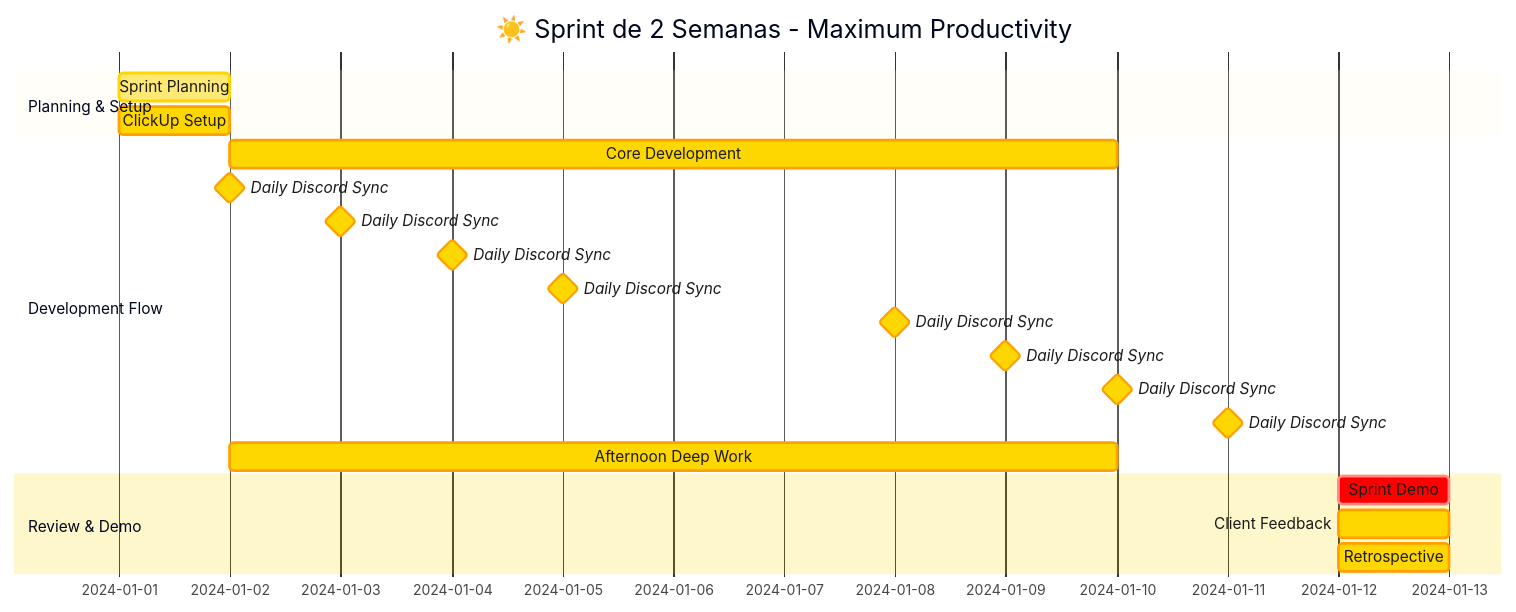
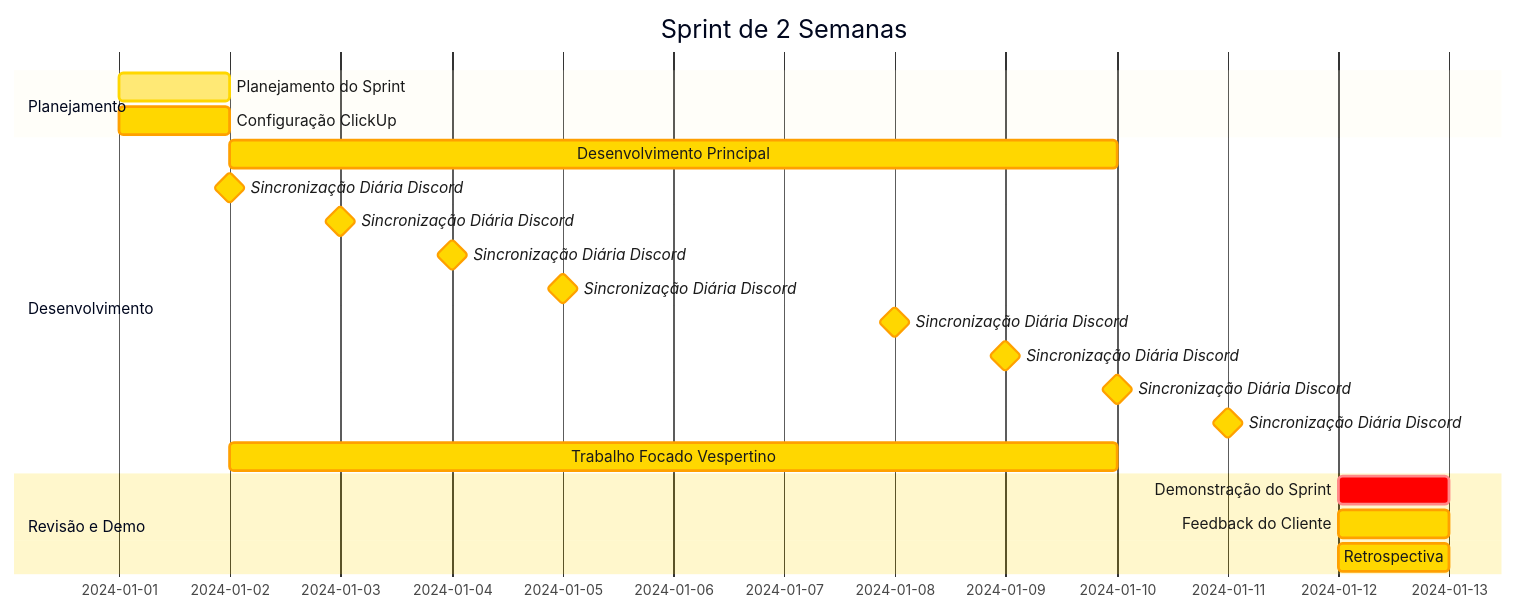
The eighth of 20 diagrams in README.md (solanisdev/solar), drawn with Mermaid before and after one commit. The commit also changed other lines of this file, not shown here.

````diff
--- a/README.md
+++ b/README.md
@@ -301,24 +293,24 @@
 ```mermaid
 %%{init: {'theme':'base', 'themeVariables': {'primaryColor':'#FFD700','primaryTextColor':'#1a1a1a','primaryBorderColor':'#FFA000','lineColor':'#FF6F00','secondaryColor':'#FFECB3','tertiaryColor':'#FFF8E1'}}}%%
 gantt
-    title ☀️ Sprint de 2 Semanas - Maximum Productivity
+    title Sprint de 2 Semanas
     dateFormat  YYYY-MM-DD
-    section Planning & Setup
-    Sprint Planning      :active, planning, 2024-01-01, 1d
-    ClickUp Setup        :clickup, 2024-01-01, 1d
-    section Development Flow
-    Core Development     :dev, 2024-01-02, 8d
-    Daily Discord Sync   :milestone, sync1, 2024-01-02, 0d
-    Daily Discord Sync   :milestone, sync2, 2024-01-03, 0d
-    Daily Discord Sync   :milestone, sync3, 2024-01-04, 0d
-    Daily Discord Sync   :milestone, sync4, 2024-01-05, 0d
-    Daily Discord Sync   :milestone, sync5, 2024-01-08, 0d
-    Daily Discord Sync   :milestone, sync6, 2024-01-09, 0d
-    Daily Discord Sync   :milestone, sync7, 2024-01-10, 0d
-    Daily Discord Sync   :milestone, sync8, 2024-01-11, 0d
-    Afternoon Deep Work  :deepwork, 2024-01-02, 8d
-    section Review & Demo
-    Sprint Demo          :crit, demo, 2024-01-12, 1d
-    Client Feedback      :feedback, 2024-01-12, 1d
-    Retrospective        :retro, 2024-01-12, 1d
+    section Planejamento
+    Planejamento do Sprint      :active, planning, 2024-01-01, 1d
+    Configuração ClickUp        :clickup, 2024-01-01, 1d
+    section Desenvolvimento
+    Desenvolvimento Principal     :dev, 2024-01-02, 8d
+    Sincronização Diária Discord   :milestone, sync1, 2024-01-02, 0d
+    Sincronização Diária Discord   :milestone, sync2, 2024-01-03, 0d
+    Sincronização Diária Discord   :milestone, sync3, 2024-01-04, 0d
+    Sincronização Diária Discord   :milestone, sync4, 2024-01-05, 0d
+    Sincronização Diária Discord   :milestone, sync5, 2024-01-08, 0d
+    Sincronização Diária Discord   :milestone, sync6, 2024-01-09, 0d
+    Sincronização Diária Discord   :milestone, sync7, 2024-01-10, 0d
+    Sincronização Diária Discord   :milestone, sync8, 2024-01-11, 0d
+    Trabalho Focado Vespertino  :deepwork, 2024-01-02, 8d
+    section Revisão e Demo
+    Demonstração do Sprint          :crit, demo, 2024-01-12, 1d
+    Feedback do Cliente      :feedback, 2024-01-12, 1d
+    Retrospectiva        :retro, 2024-01-12, 1d
 ```
````
